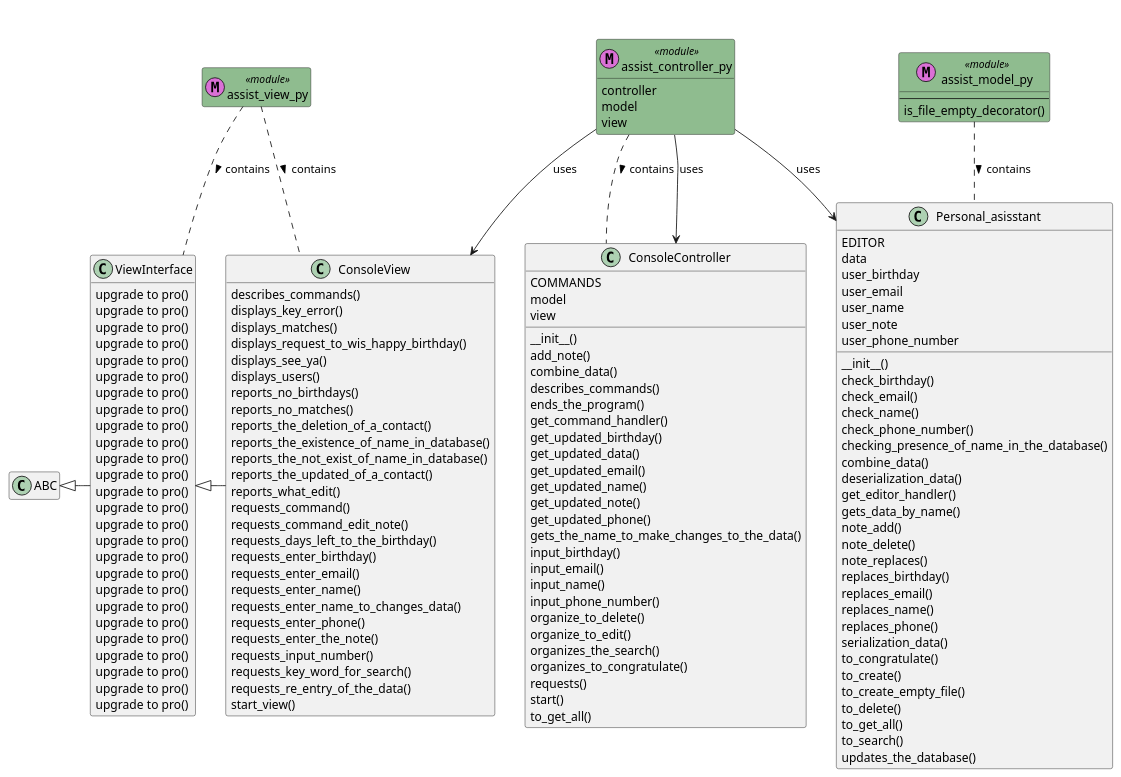
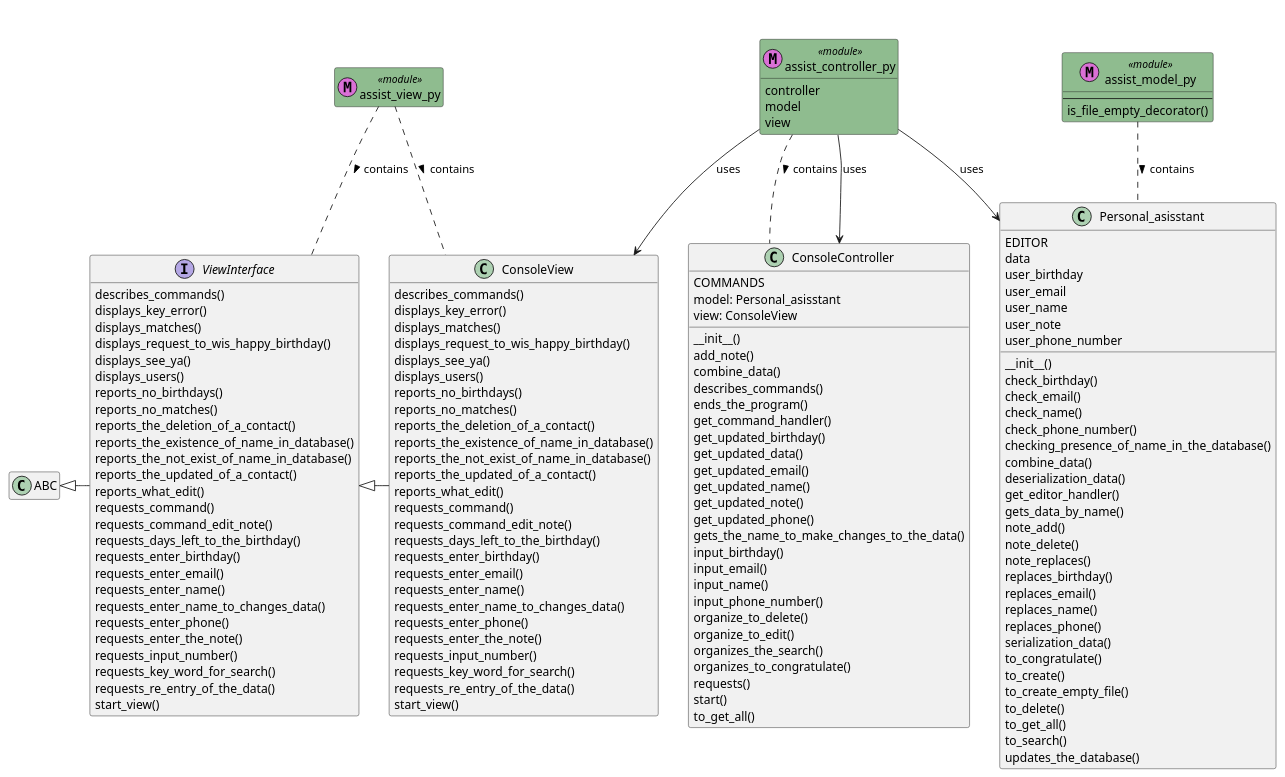
Before and after one commit to YanaAnisimova/personal-assistant: the diagram in diagram_after.puml, drawn with PlantUML.

Commit message:
Data separation according to Model-View-Controller (with diagrams)

```diff
--- a/diagram_after.puml
+++ b/diagram_after.puml
@@ -1,185 +1,185 @@
 @startuml
 class ConsoleController {
     COMMANDS
-    model
-    view
+    model: Personal_asisstant
+    view: ConsoleView
     __init__()
     add_note()
     combine_data()
     describes_commands()
     ends_the_program()
     get_command_handler()
     get_updated_birthday()
     get_updated_data()
     get_updated_email()
     get_updated_name()
     get_updated_note()
     get_updated_phone()
     gets_the_name_to_make_changes_to_the_data()
     input_birthday()
     input_email()
     input_name()
     input_phone_number()
     organize_to_delete()
     organize_to_edit()
     organizes_the_search()
     organizes_to_congratulate()
     requests()
     start()
     to_get_all()
 }
 
 class assist_controller_py <<module>> << (M,orchid) >> #DarkSeaGreen {
     controller
     model
     view
 }
 
 assist_controller_py .. ConsoleController : contains >
 assist_controller_py --> ConsoleView : uses
 assist_controller_py --> Personal_asisstant : uses
 assist_controller_py --> ConsoleController : uses
 
 center header
 <size:18><font color=red>FREE PLAN LIMIT EXCEEDED</font>
 <size:16><font color=red>Some names may have been redacted</font>
 <size:15>Please subscribe to the affordable Pro plan
 <size:15>to remove this limitation.
 
 The <b>number of classes per diagram</b> has been exceeded
  - The number of your classes per diagram is limited in the free plan to 3
  - The number of other classes being referred to per diagram in the free plan is unlimited
  - The number of files/modules per diagram is limited in the free plan to 4
  - The number of diagrams you can save is limited in the free plan to 2
 
 endheader
 class Personal_asisstant {
     EDITOR
     data
     user_birthday
     user_email
     user_name
     user_note
     user_phone_number
     __init__()
     check_birthday()
     check_email()
     check_name()
     check_phone_number()
     checking_presence_of_name_in_the_database()
     combine_data()
     deserialization_data()
     get_editor_handler()
     gets_data_by_name()
     note_add()
     note_delete()
     note_replaces()
     replaces_birthday()
     replaces_email()
     replaces_name()
     replaces_phone()
     serialization_data()
     to_congratulate()
     to_create()
     to_create_empty_file()
     to_delete()
     to_get_all()
     to_search()
     updates_the_database()
 }
 
 class assist_model_py <<module>> << (M,orchid) >> #DarkSeaGreen {
     ---
     is_file_empty_decorator()
 }
 
 assist_model_py .. Personal_asisstant : contains >
 
 center header
 <size:18><font color=red>FREE PLAN LIMIT EXCEEDED</font>
 <size:16><font color=red>Some names may have been redacted</font>
 <size:15>Please subscribe to the affordable Pro plan
 <size:15>to remove this limitation.
 
 The <b>number of classes per diagram</b> has been exceeded
  - The number of your classes per diagram is limited in the free plan to 3
  - The number of other classes being referred to per diagram in the free plan is unlimited
  - The number of files/modules per diagram is limited in the free plan to 4
  - The number of diagrams you can save is limited in the free plan to 2
 
 endheader
-class ViewInterface {
-    upgrade to pro()
-    upgrade to pro()
-    upgrade to pro()
-    upgrade to pro()
-    upgrade to pro()
-    upgrade to pro()
-    upgrade to pro()
-    upgrade to pro()
-    upgrade to pro()
-    upgrade to pro()
-    upgrade to pro()
-    upgrade to pro()
-    upgrade to pro()
-    upgrade to pro()
-    upgrade to pro()
-    upgrade to pro()
-    upgrade to pro()
-    upgrade to pro()
-    upgrade to pro()
-    upgrade to pro()
-    upgrade to pro()
-    upgrade to pro()
-    upgrade to pro()
-    upgrade to pro()
-    upgrade to pro()
-    upgrade to pro()
+interface ViewInterface {
+    describes_commands()
+    displays_key_error()
+    displays_matches()
+    displays_request_to_wis_happy_birthday()
+    displays_see_ya()
+    displays_users()
+    reports_no_birthdays()
+    reports_no_matches()
+    reports_the_deletion_of_a_contact()
+    reports_the_existence_of_name_in_database()
+    reports_the_not_exist_of_name_in_database()
+    reports_the_updated_of_a_contact()
+    reports_what_edit()
+    requests_command()
+    requests_command_edit_note()
+    requests_days_left_to_the_birthday()
+    requests_enter_birthday()
+    requests_enter_email()
+    requests_enter_name()
+    requests_enter_name_to_changes_data()
+    requests_enter_phone()
+    requests_enter_the_note()
+    requests_input_number()
+    requests_key_word_for_search()
+    requests_re_entry_of_the_data()
+    start_view()
 }
 
 ABC <|- ViewInterface
 
 class ConsoleView {
     describes_commands()
     displays_key_error()
     displays_matches()
     displays_request_to_wis_happy_birthday()
     displays_see_ya()
     displays_users()
     reports_no_birthdays()
     reports_no_matches()
     reports_the_deletion_of_a_contact()
     reports_the_existence_of_name_in_database()
     reports_the_not_exist_of_name_in_database()
     reports_the_updated_of_a_contact()
     reports_what_edit()
     requests_command()
     requests_command_edit_note()
     requests_days_left_to_the_birthday()
     requests_enter_birthday()
     requests_enter_email()
     requests_enter_name()
     requests_enter_name_to_changes_data()
     requests_enter_phone()
     requests_enter_the_note()
     requests_input_number()
     requests_key_word_for_search()
     requests_re_entry_of_the_data()
     start_view()
 }
 
 ViewInterface <|- ConsoleView
 class assist_view_py <<module>> << (M,orchid) >> #DarkSeaGreen {
 }
 
 assist_view_py .. ViewInterface : contains >
 assist_view_py .. ConsoleView : contains >
 
 center header
 
 
 endheader
 
 hide empty members
 
 @enduml
```
